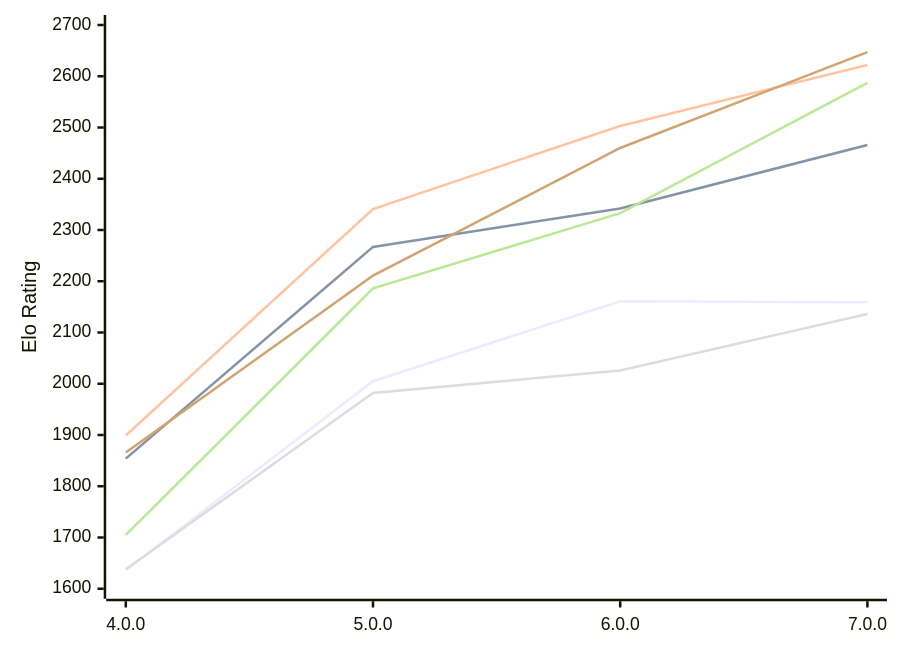
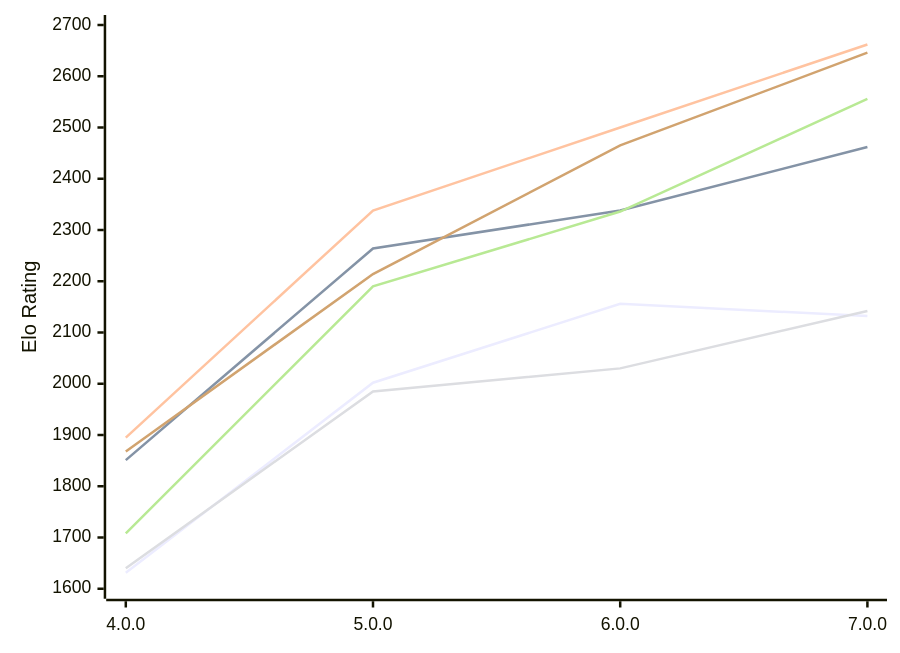
Before and after one commit to computer-chess-index/cci: the first of 2 diagrams in engines/Laura.md, drawn with Mermaid. The commit also changed other lines of this file, not shown here.

Commit message:
Update CCI Ratings (ELO VLTC) - 2026-11-21

````diff
--- a/engines/Laura.md
+++ b/engines/Laura.md
@@ -56,12 +56,12 @@
 ```mermaid
 %%{init: {"theme":"base","themeVariables":{"seriesColors:['#a3a3a3','#222221','#faa371']}}}%%
 xychart-beta
   x-axis ["4.0.0", "5.0.0", "6.0.0", "7.0.0"]
   y-axis "Elo Rating" 1600 --> 2700
-  line "E1: STC (8.0+0.08s)" [1636, 2005, 2161, 2159]
-  line "E1: LTC (60.0+0.60s)" [1854, 2267, 2342, 2466]
-  line "E1: VLTC (2m24s+1.12s)" [1899, 2341, 2503, 2622]
-  line "P1: STC (8.0+0.08s)" [1638, 1982, 2026, 2136]
-  line "P1: LTC (60.0+0.60s)" [1705, 2186, 2333, 2587]
-  line "P1: VLTC (2m24s+1.12s)" [1866, 2211, 2460, 2647]
+  line "E1: STC (8.0+0.08s)" [1631, 2002, 2156, 2132]
+  line "E1: LTC (60.0+0.60s)" [1851, 2264, 2338, 2462]
+  line "E1: VLTC (2m24s+1.12s)" [1895, 2338, 2500, 2662]
+  line "P1: STC (8.0+0.08s)" [1640, 1985, 2030, 2142]
+  line "P1: LTC (60.0+0.60s)" [1708, 2190, 2336, 2556]
+  line "P1: VLTC (2m24s+1.12s)" [1868, 2214, 2465, 2646]
 ```
````
